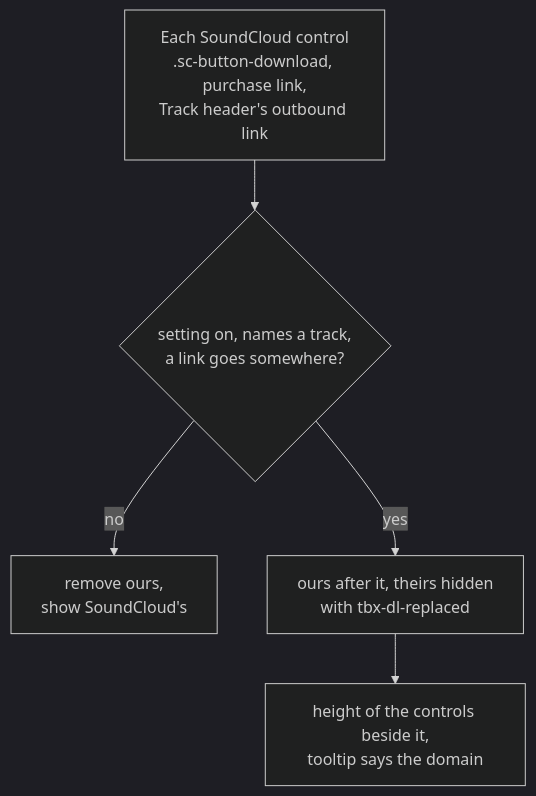
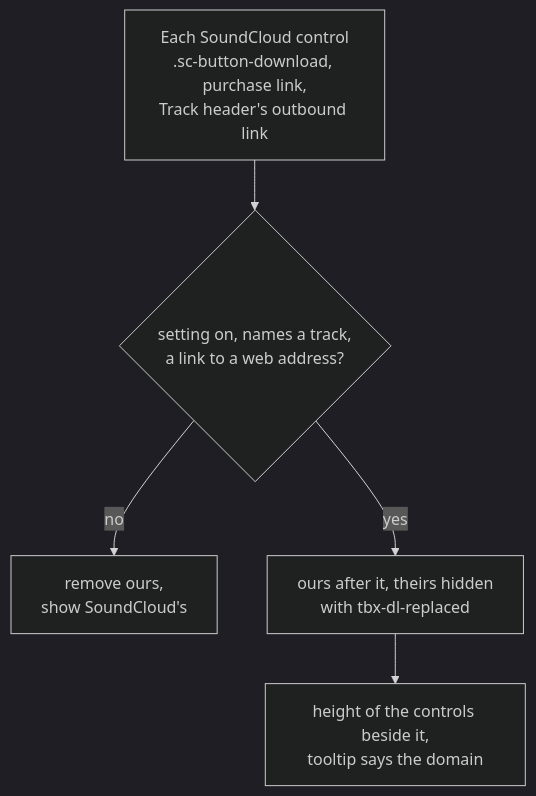
The seventh of 11 diagrams in apps/localtoolbox/docs/diagrams/content-script.md (cutenode/localnetwork), drawn with Mermaid (dark theme) before and after one commit. The commit also changed 9 other files, not shown here.

````diff
--- a/apps/localtoolbox/docs/diagrams/content-script.md
+++ b/apps/localtoolbox/docs/diagrams/content-script.md
@@ -180,13 +180,13 @@
 ```mermaid
 flowchart TD
   Native["Each SoundCloud control<br/>.sc-button-download, purchase link,<br/>Track header's outbound link"]
-  Plan{"setting on, names a track,<br/>a link goes somewhere?"}
+  Plan{"setting on, names a track,<br/>a link to a web address?"}
   Restore["remove ours,<br/>show SoundCloud's"]
   Ours["ours after it, theirs hidden<br/>with tbx-dl-replaced"]
   Fit["height of the controls beside it,<br/>tooltip says the domain"]
 
   Native --> Plan
   Plan -->|no| Restore
   Plan -->|yes| Ours
   Ours --> Fit
 ```
````
